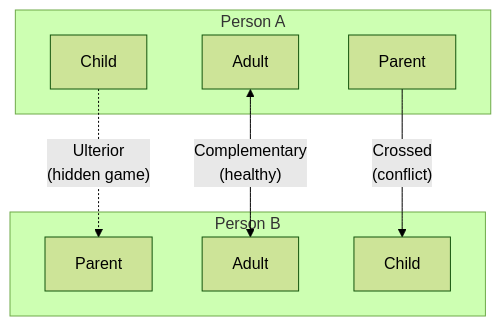
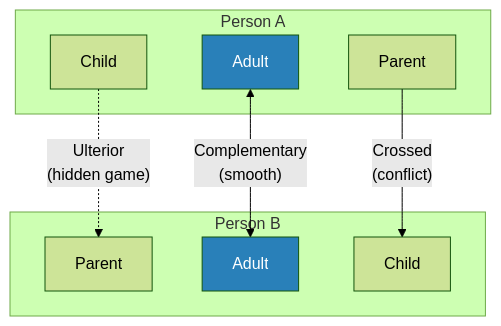
Before and after one commit to alius33/reader: the first of 9 diagrams in summaries/Power & Influence/Games People Play - Eric Berne.md, drawn with Mermaid (forest theme). The commit also changed other lines of this file and 272 other files, not shown here.

````diff
--- a/summaries/Power & Influence/Games People Play - Eric Berne.md
+++ b/summaries/Power & Influence/Games People Play - Eric Berne.md
@@ -32,16 +43,18 @@
 ```mermaid
 flowchart TD
     subgraph person1 ["Person A"]
         P1["Parent"]
         A1["Adult"]
         C1["Child"]
     end
     subgraph person2 ["Person B"]
         P2["Parent"]
         A2["Adult"]
         C2["Child"]
     end
-    A1 <-->|"Complementary\n(healthy)"| A2
-    P1 -->|"Crossed\n(conflict)"| C2
-    C1 -.->|"Ulterior\n(hidden game)"| P2
+    A1 <-->|"Complementary<br>(smooth)"| A2
+    P1 -->|"Crossed<br>(conflict)"| C2
+    C1 -.->|"Ulterior<br>(hidden game)"| P2
+    style A1 fill:#2980b9,color:#fff
+    style A2 fill:#2980b9,color:#fff
 ```
````
